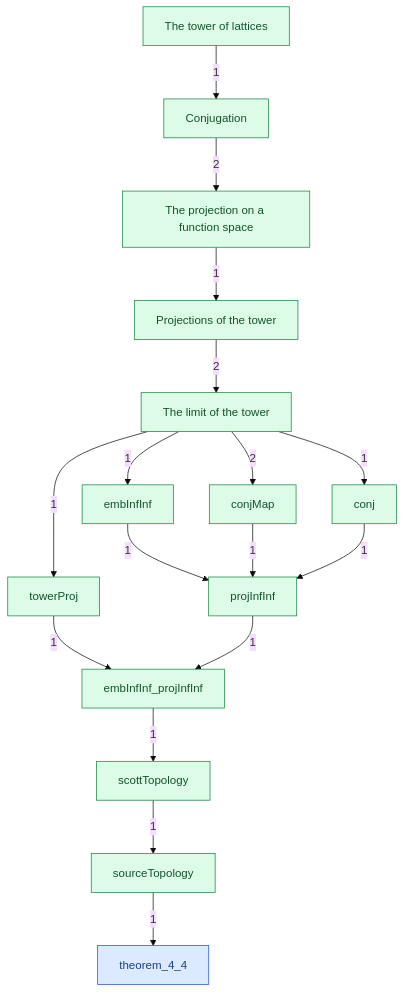
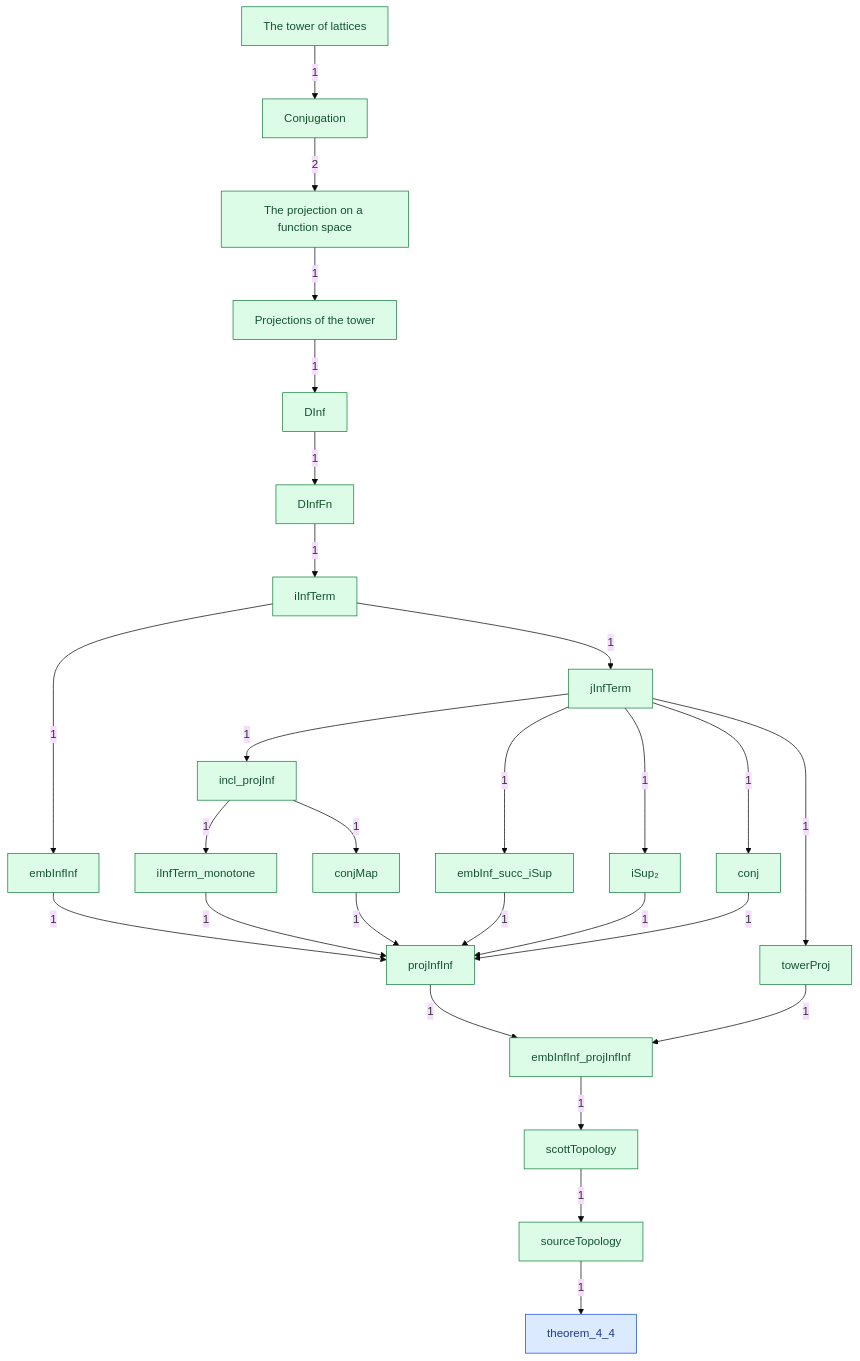
Before and after one commit to catskillsresearch/DomainTheory: the diagram in DomainTheory/ContinuousLattice/FunctionSpaceTower/1972_Function_space_tower.mermaid, drawn with Mermaid (base theme). The commit also changed 14 other files, not shown here.

Commit message:
File the tower limit as one note per concept, and keep the summand inequality with the monotonicity proof.

```diff
--- a/DomainTheory/ContinuousLattice/FunctionSpaceTower/1972_Function_space_tower.mermaid
+++ b/DomainTheory/ContinuousLattice/FunctionSpaceTower/1972_Function_space_tower.mermaid
@@ -1,38 +1,55 @@
 %% Notes of the function space tower.
 %% Arrowhead on the importer. The number is a direct-import count.
 %% An arrow already implied by a longer path is omitted.
 flowchart TB
   LAT["The tower of lattices"]
   CONJ["Conjugation"]
   FSP["The projection on a function space"]
   PROJ["Projections of the tower"]
-  LIM["The limit of the tower"]
+  DINF["DInf"]
+  DFN["DInfFn"]
+  IINF["iInfTerm"]
   EINF["embInfInf"]
+  JINF["jInfTerm"]
+  INCL["incl_projInf"]
+  IMONO["iInfTerm_monotone"]
+  ESUP["embInf_succ_iSup"]
+  ISUP["iSup₂"]
   CMAP["conjMap"]
   CONJX["conj"]
   TPROJ["towerProj"]
   PINF["projInfInf"]
   ECOMP["embInfInf_projInfInf"]
   SCOTT["scottTopology"]
   SOURCE["sourceTopology"]
   THM["theorem_4_4"]
   LAT -->|"1"| CONJ
   CONJ -->|"2"| FSP
   FSP -->|"1"| PROJ
-  PROJ -->|"2"| LIM
-  LIM -->|"1"| EINF
-  LIM -->|"2"| CMAP
-  LIM -->|"1"| CONJX
-  LIM -->|"1"| TPROJ
+  PROJ -->|"1"| DINF
+  DINF -->|"1"| DFN
+  DFN -->|"1"| IINF
+  IINF -->|"1"| EINF
+  IINF -->|"1"| JINF
   EINF -->|"1"| PINF
+  JINF -->|"1"| INCL
+  JINF -->|"1"| ESUP
+  JINF -->|"1"| ISUP
+  JINF -->|"1"| CONJX
+  JINF -->|"1"| TPROJ
+  INCL -->|"1"| IMONO
+  INCL -->|"1"| CMAP
+  IMONO -->|"1"| PINF
+  ESUP -->|"1"| PINF
+  ISUP -->|"1"| PINF
   CMAP -->|"1"| PINF
   CONJX -->|"1"| PINF
   TPROJ -->|"1"| ECOMP
   PINF -->|"1"| ECOMP
   ECOMP -->|"1"| SCOTT
   SCOTT -->|"1"| SOURCE
   SOURCE -->|"1"| THM
   classDef concept fill:#dcfce7,stroke:#15803d,color:#14532d
   classDef numbered fill:#dbeafe,stroke:#1d4ed8,color:#1e3a8a
-  class LAT,CONJ,FSP,PROJ,LIM,EINF,CMAP,CONJX,TPROJ,PINF,ECOMP,SCOTT,SOURCE concept
+  class LAT,CONJ,FSP,PROJ,DINF,DFN,IINF,EINF,JINF,INCL,IMONO,ESUP,ISUP,CMAP,CONJX,TPROJ,PINF,ECOMP,SCOTT,SOURCE concept
   class THM numbered
```
